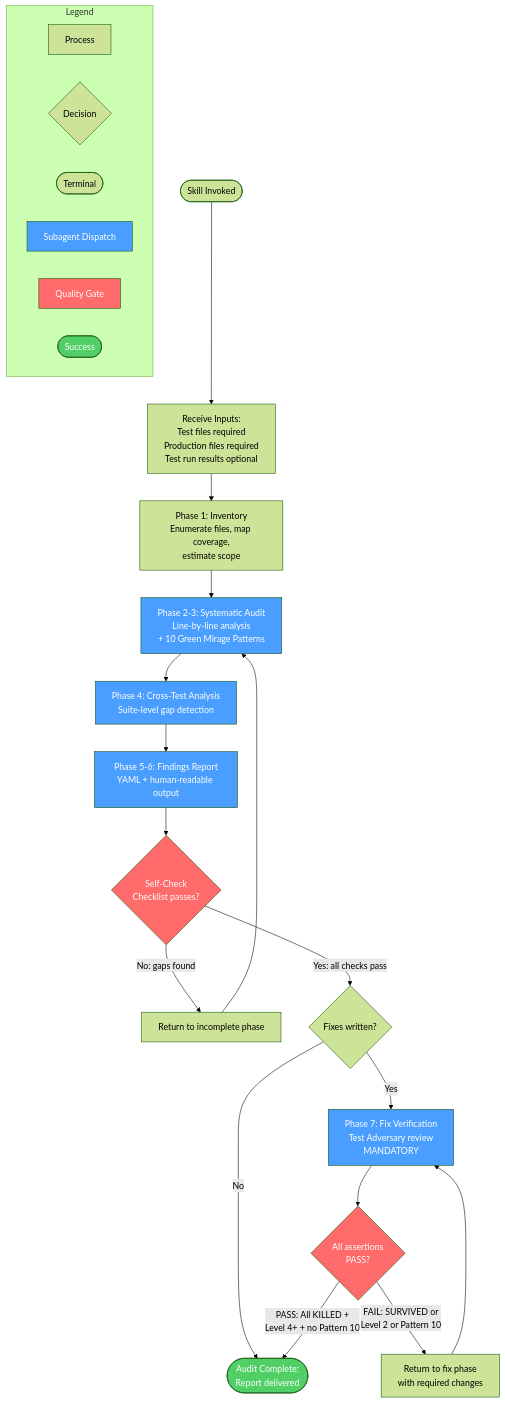
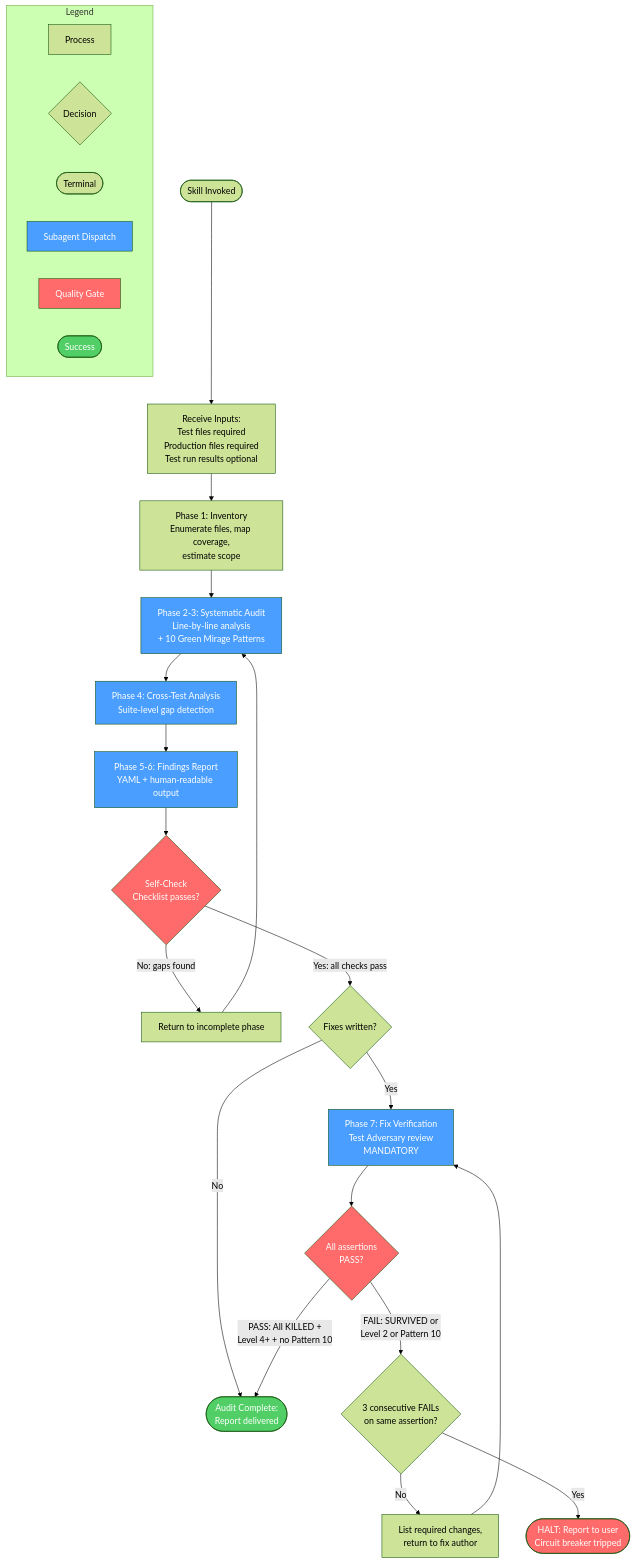
The first of 6 diagrams in docs/diagrams/skills/auditing-green-mirage.md (axiomantic/spellbook), drawn with Mermaid (forest theme) before and after one commit. The commit also changed other lines of this file and 217 other files, not shown here.

````diff
--- a/docs/diagrams/skills/auditing-green-mirage.md
+++ b/docs/diagrams/skills/auditing-green-mirage.md
@@ -8,49 +6,52 @@
 ```mermaid
 flowchart TD
     subgraph legend[" Legend "]
         direction LR
         lp[Process]
         ld{Decision}
         lt([Terminal])
         ls[Subagent Dispatch]:::subagent
         lg[Quality Gate]:::gate
         lk([Success]):::success
     end
 
     START([Skill Invoked]) --> INPUTS
     INPUTS[Receive Inputs:<br>Test files required<br>Production files required<br>Test run results optional]
     INPUTS --> P1
 
     P1[Phase 1: Inventory<br>Enumerate files, map coverage,<br>estimate scope]
     P1 --> P23
 
     P23[Phase 2-3: Systematic Audit<br>Line-by-line analysis<br>+ 10 Green Mirage Patterns]:::subagent
     P23 --> P4
 
     P4[Phase 4: Cross-Test Analysis<br>Suite-level gap detection]:::subagent
     P4 --> P56
 
     P56[Phase 5-6: Findings Report<br>YAML + human-readable output]:::subagent
     P56 --> SC
 
     SC{Self-Check<br>Checklist passes?}:::gate
     SC -->|No: gaps found| GOBACK[Return to incomplete phase]
     GOBACK --> P23
     SC -->|Yes: all checks pass| FW
 
     FW{Fixes written?}
     FW -->|No| DONE([Audit Complete:<br>Report delivered]):::success
     FW -->|Yes| P7
 
     P7[Phase 7: Fix Verification<br>Test Adversary review<br>MANDATORY]:::subagent
     P7 --> VERDICT
 
     VERDICT{All assertions<br>PASS?}:::gate
     VERDICT -->|PASS: All KILLED +<br>Level 4+ + no Pattern 10| DONE
-    VERDICT -->|FAIL: SURVIVED or<br>Level 2 or Pattern 10| REWORK[Return to fix phase<br>with required changes]
+    VERDICT -->|FAIL: SURVIVED or<br>Level 2 or Pattern 10| RETRY_Q{3 consecutive FAILs<br>on same assertion?}
+    RETRY_Q -->|No| REWORK[List required changes,<br>return to fix author]
+    RETRY_Q -->|Yes| HALT([HALT: Report to user<br>Circuit breaker tripped]):::fail
     REWORK --> P7
 
     classDef subagent fill:#4a9eff,color:#fff
     classDef gate fill:#ff6b6b,color:#fff
     classDef success fill:#51cf66,color:#fff
+    classDef fail fill:#ff6b6b,color:#fff
 ```
````
